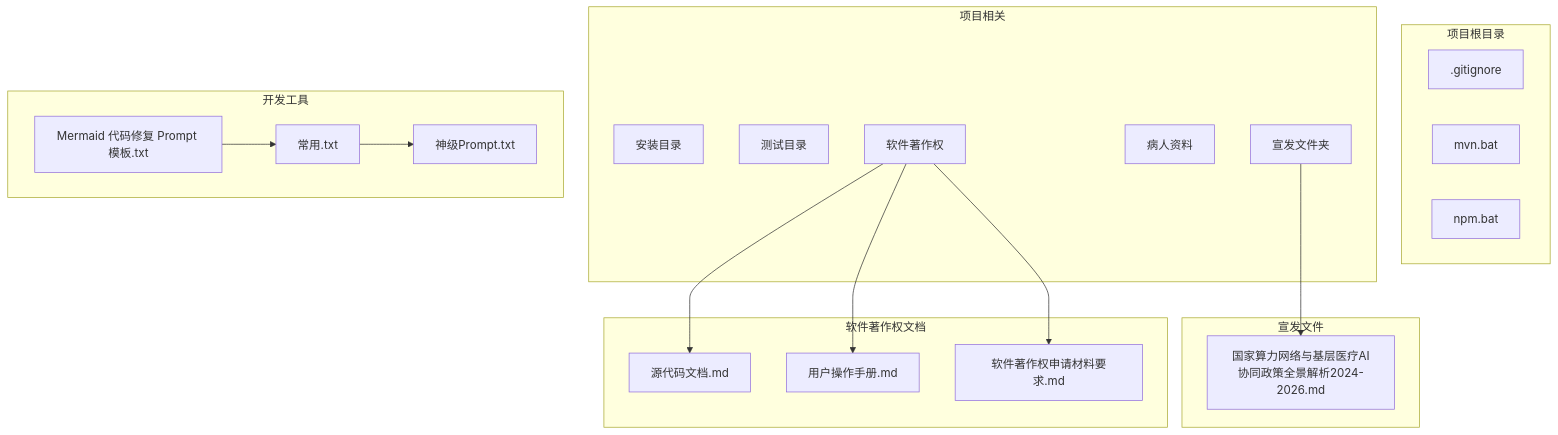
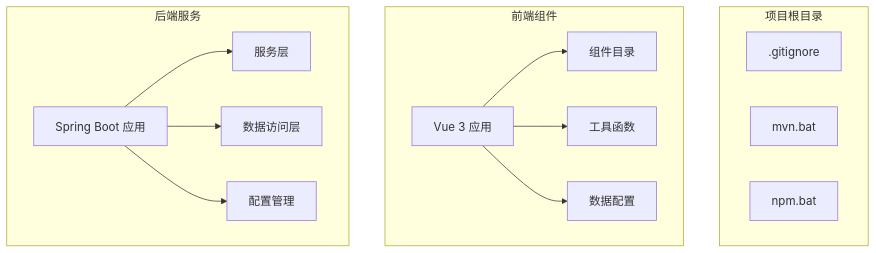
One commit to liuzh2008/med_ai_assistant_workspace changed the first of 19 diagrams in .qoder/repowiki/zh/content/Update Summary/Update Summary.md. Above: the diagram before and after it, drawn with Mermaid. The commit also changed other lines of this file and 5 other files, not shown here.

````diff
--- a/.qoder/repowiki/zh/content/Update Summary/Update Summary.md
+++ b/.qoder/repowiki/zh/content/Update Summary/Update Summary.md
@@ -75,34 +59,26 @@
 ```mermaid
 graph TB
 subgraph "项目根目录"
 A[.gitignore]
 B[mvn.bat]
 C[npm.bat]
 end
-subgraph "项目相关"
-D[安装目录]
-E[测试目录]
-F[宣发文件夹]
-G[病人资料]
-H[软件著作权]
+subgraph "前端组件"
+D[Vue 3 应用]
+E[组件目录]
+F[工具函数]
+G[数据配置]
 end
-subgraph "宣发文件"
-F1[国家算力网络与基层医疗AI协同政策全景解析2024-2026.md]
+subgraph "后端服务"
+H[Spring Boot 应用]
+I[服务层]
+J[数据访问层]
+K[配置管理]
 end
-subgraph "软件著作权文档"
-H1[源代码文档.md]
-H2[用户操作手册.md]
-H3[软件著作权申请材料要求.md]
-end
-subgraph "开发工具"
-I[Mermaid 代码修复 Prompt 模板.txt]
-J[常用.txt]
-K[神级Prompt.txt]
-end
-F --> F1
-H --> H1
-H --> H2
-H --> H3
-I --> J
-J --> K
+D --> E
+D --> F
+D --> G
+H --> I
+H --> J
+H --> K
 ```
````
